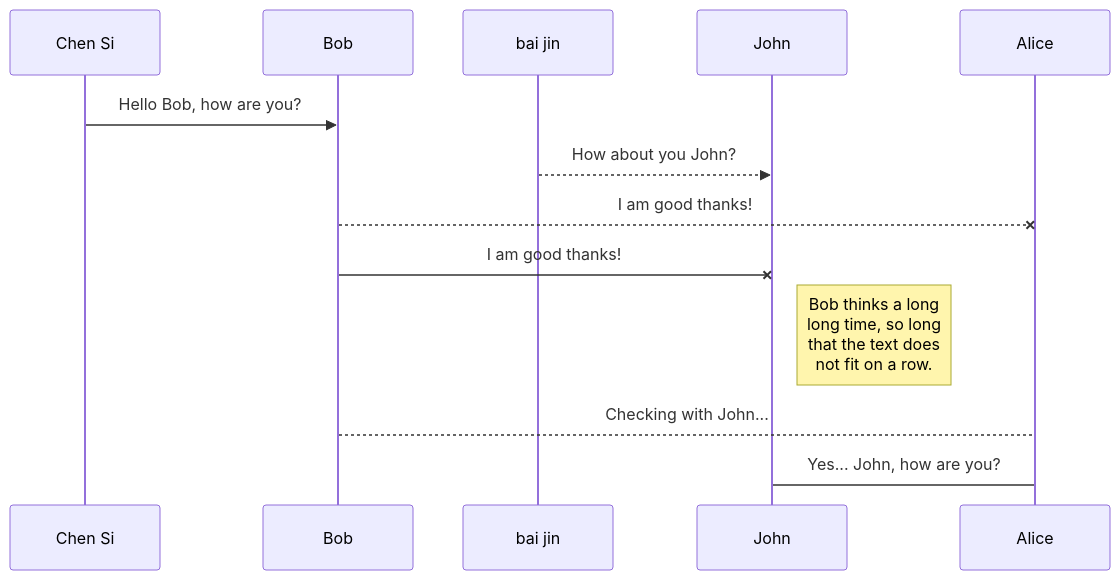
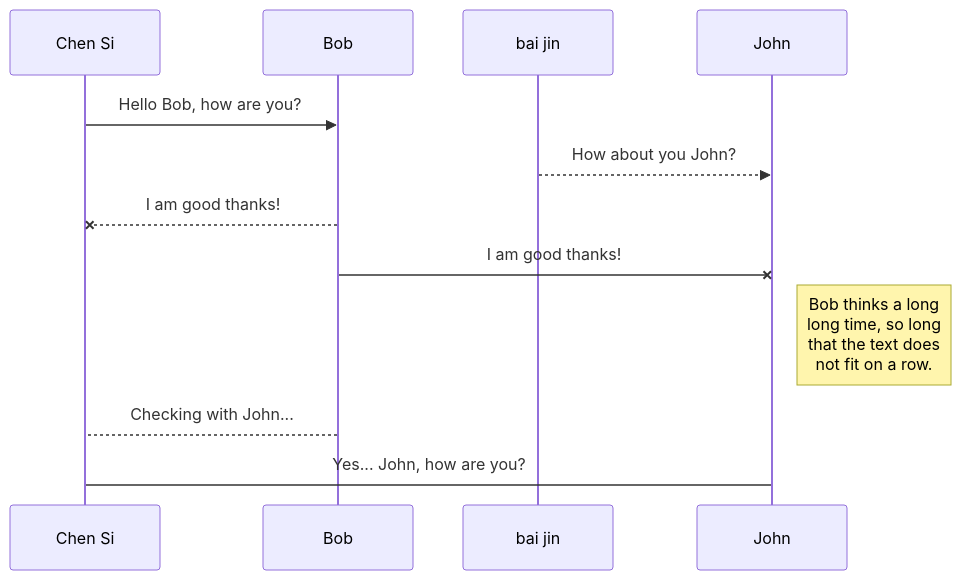
Before and after one commit to drshahizan/obsidian: the diagram in exercise/chensi/exercise1.md, drawn with Mermaid. The commit also changed other lines of this file, not shown here.

````diff
--- a/exercise/chensi/exercise1.md
+++ b/exercise/chensi/exercise1.md
@@ -34,11 +34,11 @@
 ```mermaid
 sequenceDiagram
 Chen Si ->> Bob: Hello Bob, how are you?
 bai jin-->>John: How about you John?
-Bob--x Alice: I am good thanks!
+Bob--x Chen Si: I am good thanks!
 Bob-x John: I am good thanks!
 Note right of John: Bob thinks a long<br/>long time, so long<br/>that the text does<br/>not fit on a row.
 
-Bob-->Alice: Checking with John...
-Alice->John: Yes... John, how are you?
+Bob-->Chen Si: Checking with John...
+Chen Si->John: Yes... John, how are you?
 ```
````
